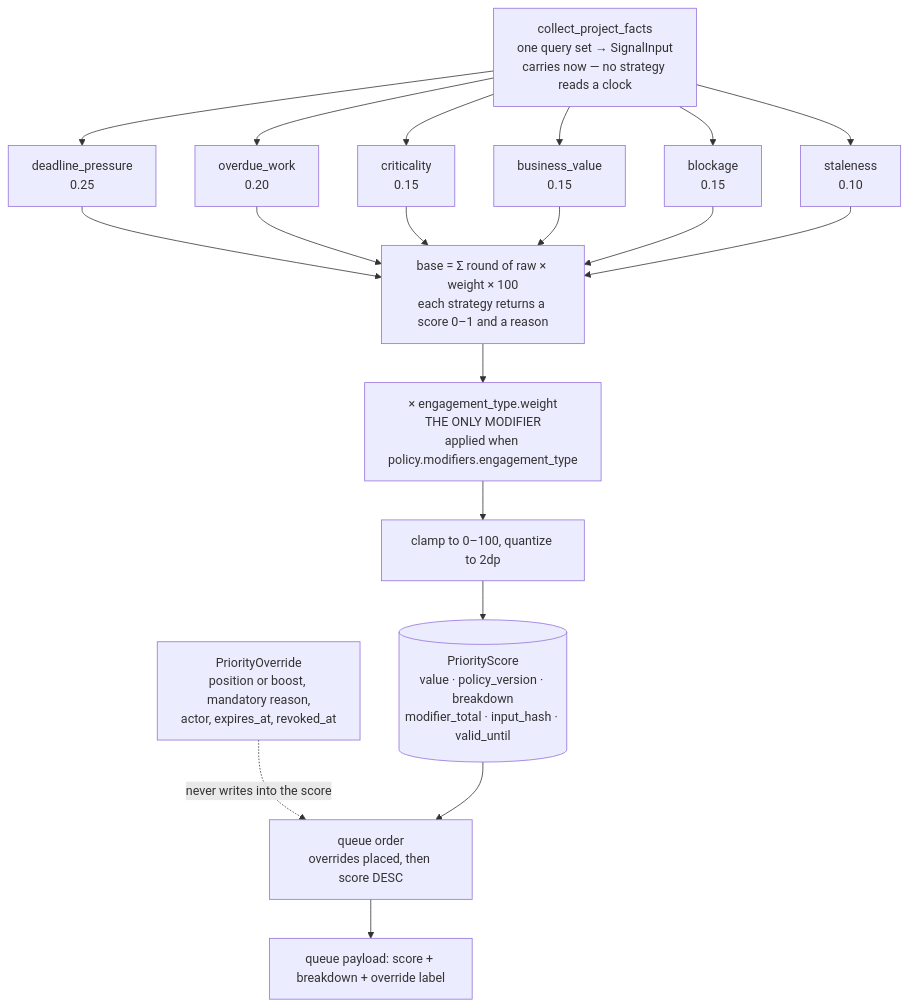
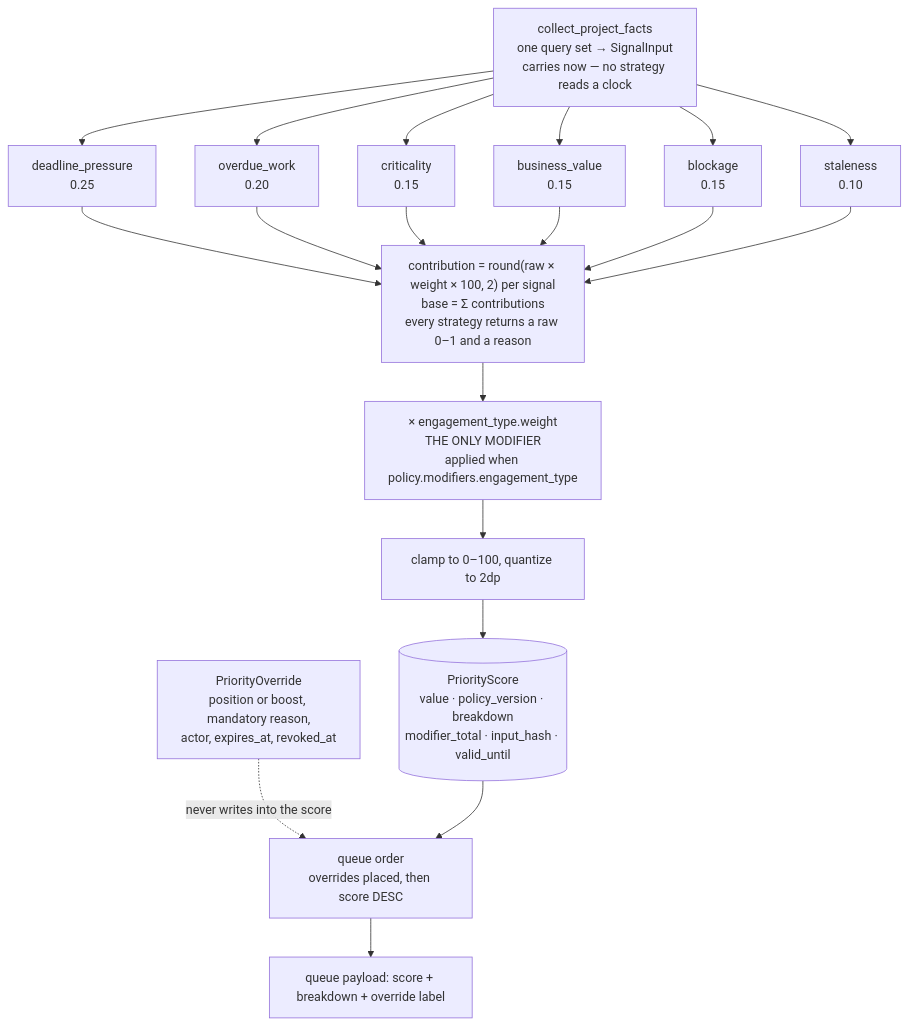
Before and after one commit to alejandrovelez243/aztec-ops: the fifth of 8 diagrams in docs/ARCHITECTURE.md, drawn with Mermaid. The commit also changed other lines of this file and 35 other files, not shown here.

````diff
--- a/docs/ARCHITECTURE.md
+++ b/docs/ARCHITECTURE.md
@@ -486,28 +491,28 @@
 ```mermaid
 flowchart TD
   FACTS["collect_project_facts<br/>one query set → SignalInput<br/>carries now — no strategy reads a clock"]
 
   FACTS --> S1["deadline_pressure<br/>0.25"]
   FACTS --> S2["overdue_work<br/>0.20"]
   FACTS --> S3["criticality<br/>0.15"]
   FACTS --> S4["business_value<br/>0.15"]
   FACTS --> S5["blockage<br/>0.15"]
   FACTS --> S6["staleness<br/>0.10"]
 
   S1 --> SUM
   S2 --> SUM
   S3 --> SUM
   S4 --> SUM
   S5 --> SUM
   S6 --> SUM
 
-  SUM["base = Σ round of raw × weight × 100<br/>each strategy returns a score 0–1 and a reason"]
+  SUM["contribution = round(raw × weight × 100, 2) per signal<br/>base = Σ contributions<br/>every strategy returns a raw 0–1 and a reason"]
   SUM --> MOD["× engagement_type.weight<br/>THE ONLY MODIFIER<br/>applied when policy.modifiers.engagement_type"]
   MOD --> CLAMP["clamp to 0–100, quantize to 2dp"]
   CLAMP --> SCORE[("PriorityScore<br/>value · policy_version · breakdown<br/>modifier_total · input_hash · valid_until")]
 
   OV["PriorityOverride<br/>position or boost, mandatory reason,<br/>actor, expires_at, revoked_at"]
   OV -.->|"never writes into the score"| RANK
   SCORE --> RANK["queue order<br/>overrides placed, then score DESC"]
   RANK --> UI["queue payload: score + breakdown + override label"]
 ```
````
